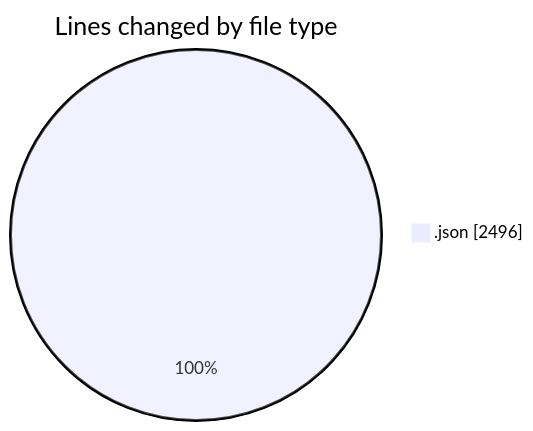
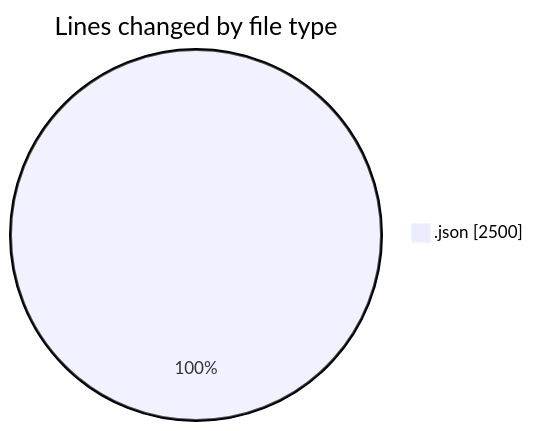
The first of 2 diagrams in 2025-07-28/_claude/README.md (EIIisD/code-tracking), drawn with Mermaid before and after one commit. The commit also changed other lines of this file and 1 other file, not shown here.

````diff
--- a/2025-07-28/_claude/README.md
+++ b/2025-07-28/_claude/README.md
@@ -20,5 +20,5 @@
 ```mermaid
 pie showData
 title Lines changed by file type
-".json" : 2496
+".json" : 2500
 ```
````
